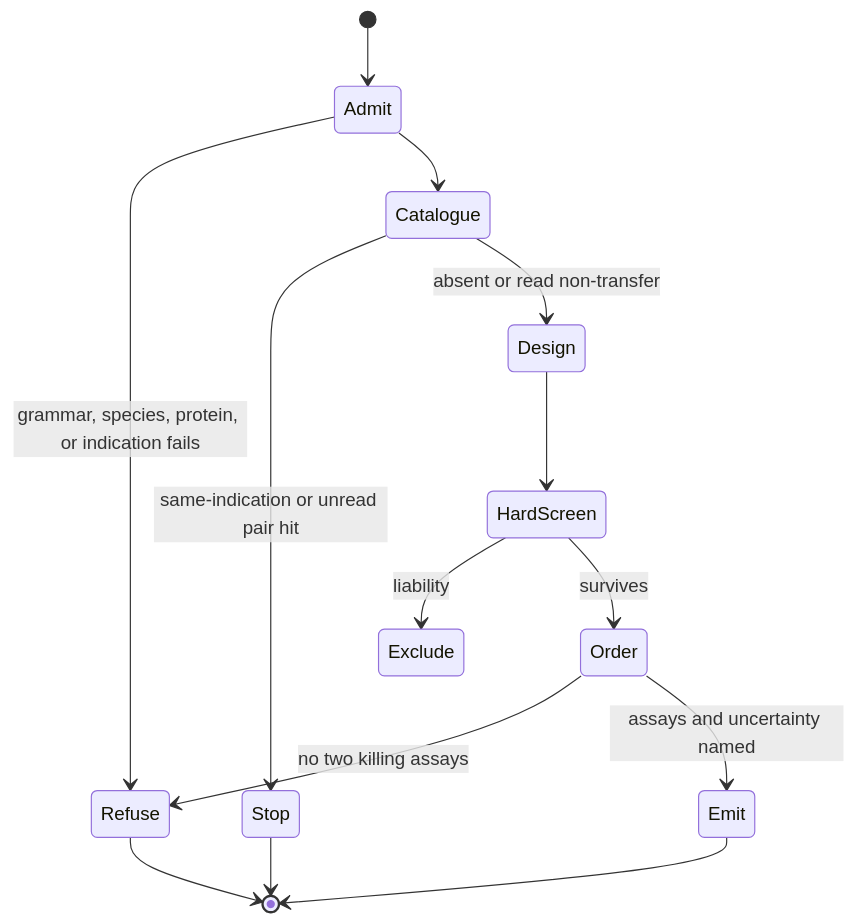
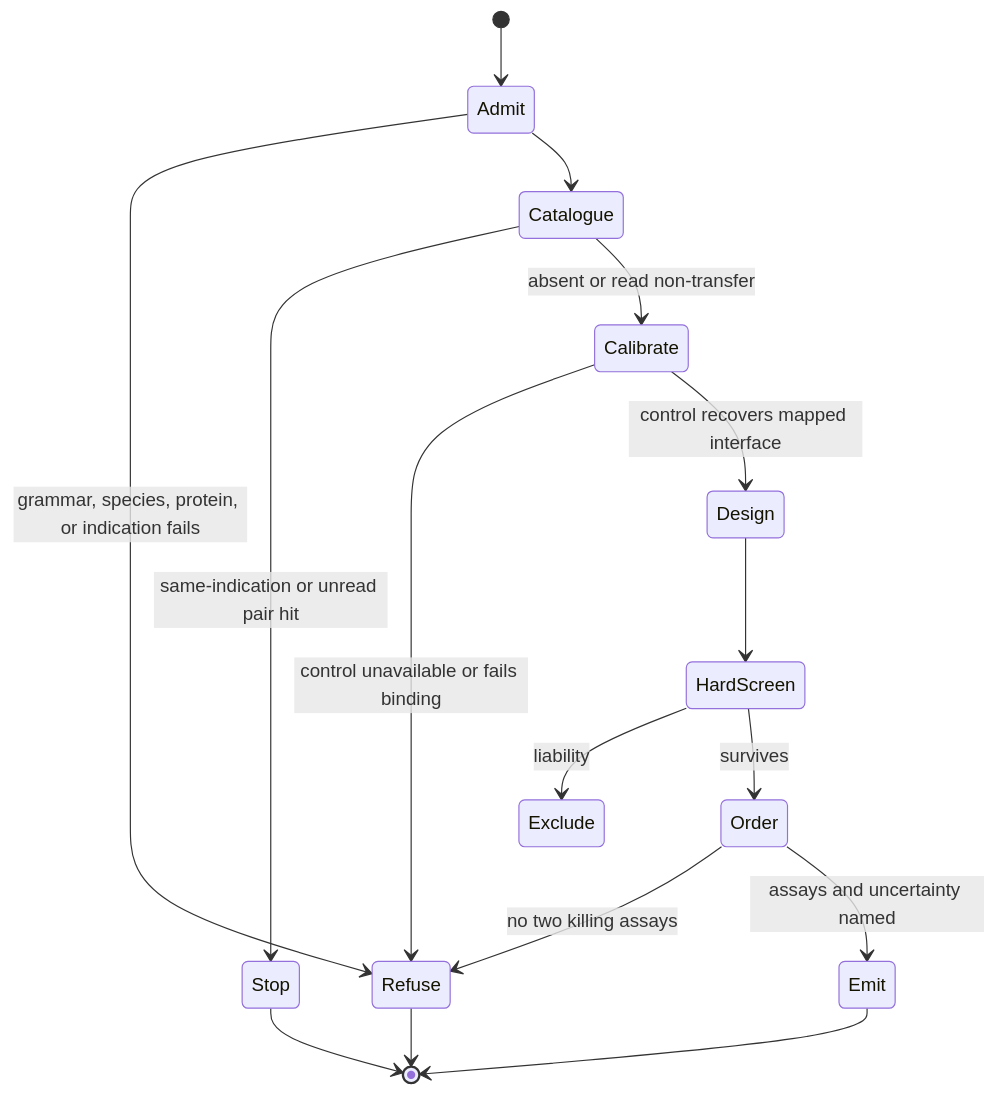
One commit to wetware-hq/catalog changed the diagram in skills/design-binder.md. Above: the diagram before and after it, drawn with Mermaid. The commit also changed other lines of this file and 10 other files, not shown here.

````diff
--- a/skills/design-binder.md
+++ b/skills/design-binder.md
@@ -76,16 +80,18 @@
 ```mermaid
 stateDiagram-v2
     [*] --> Admit
     Admit --> Refuse: grammar, species, protein, or indication fails
     Admit --> Catalogue
     Catalogue --> Stop: same-indication or unread pair hit
-    Catalogue --> Design: absent or read non-transfer
+    Catalogue --> Calibrate: absent or read non-transfer
+    Calibrate --> Refuse: control unavailable or fails binding
+    Calibrate --> Design: control recovers mapped interface
     Design --> HardScreen
     HardScreen --> Exclude: liability
     HardScreen --> Order: survives
     Order --> Refuse: no two killing assays
     Order --> Emit: assays and uncertainty named
     Emit --> [*]
     Stop --> [*]
     Refuse --> [*]
 ```
````
